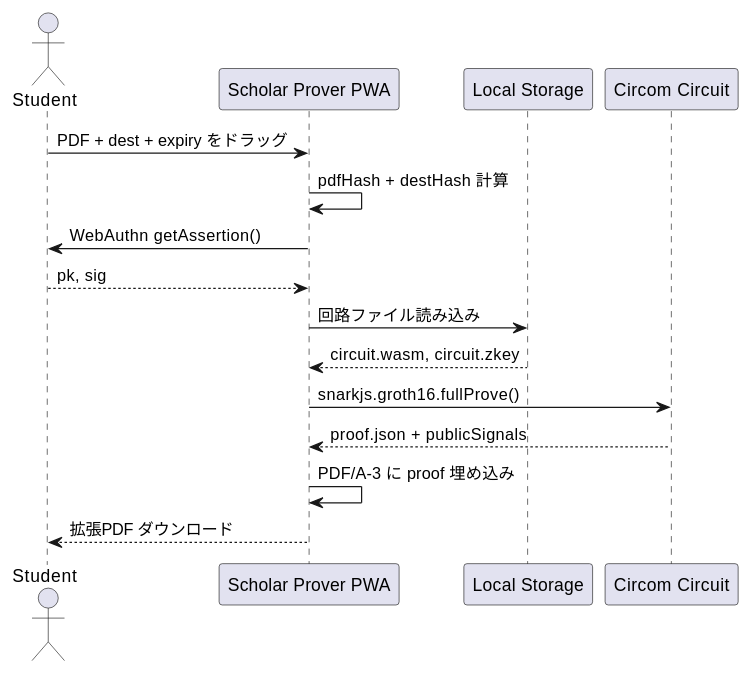
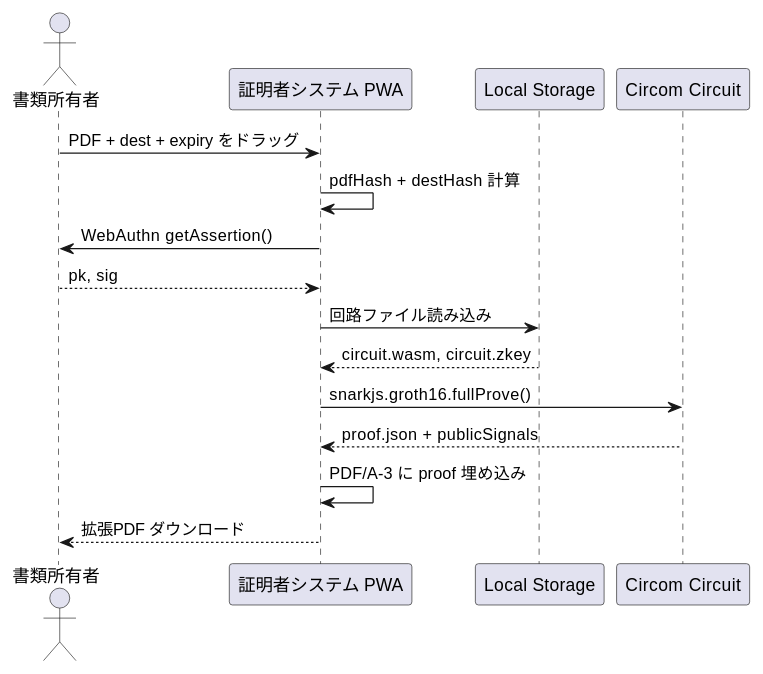
The second of 2 diagrams in documents/FSD_JP.md (Blank-Vulture/Tri-CertFramework), drawn with PlantUML before and after one commit. The commit also changed other lines of this file and 14 other files, not shown here.

````diff
--- a/documents/FSD_JP.md
+++ b/documents/FSD_JP.md
@@ -88,19 +90,19 @@
 ```plantuml
 @startuml
-actor Student
-participant "Scholar Prover PWA" as PWA
+actor "書類所有者" as Owner
+participant "証明者システム PWA" as PWA
 participant "Local Storage" as LS
 participant "Circom Circuit" as Circuit
 
-Student -> PWA : PDF + dest + expiry をドラッグ
+Owner -> PWA : PDF + dest + expiry をドラッグ
 PWA -> PWA : pdfHash + destHash 計算
-PWA -> Student : WebAuthn getAssertion()
-Student --> PWA : pk, sig
+PWA -> Owner : WebAuthn getAssertion()
+Owner --> PWA : pk, sig
 PWA -> LS : 回路ファイル読み込み
 LS --> PWA : circuit.wasm, circuit.zkey
 PWA -> Circuit : snarkjs.groth16.fullProve()
 Circuit --> PWA : proof.json + publicSignals
 PWA -> PWA : PDF/A-3 に proof 埋め込み
-PWA --> Student : 拡張PDF ダウンロード
+PWA --> Owner : 拡張PDF ダウンロード
 @enduml
 ```
````
